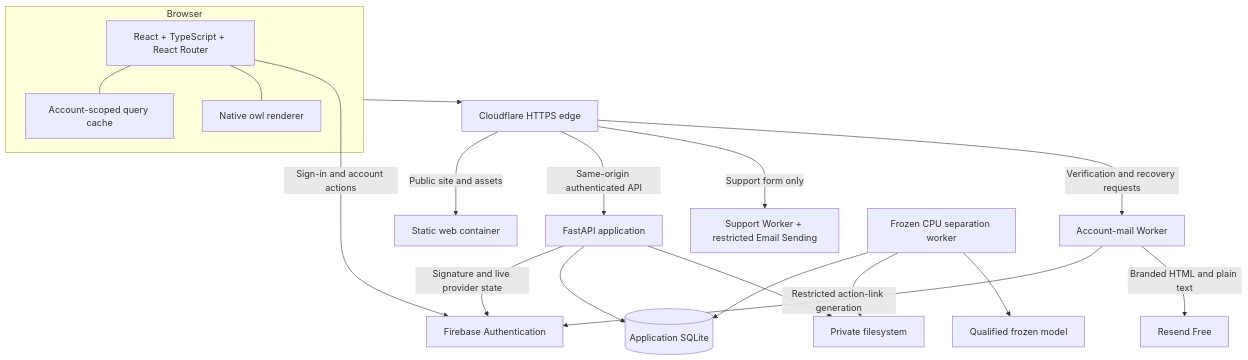
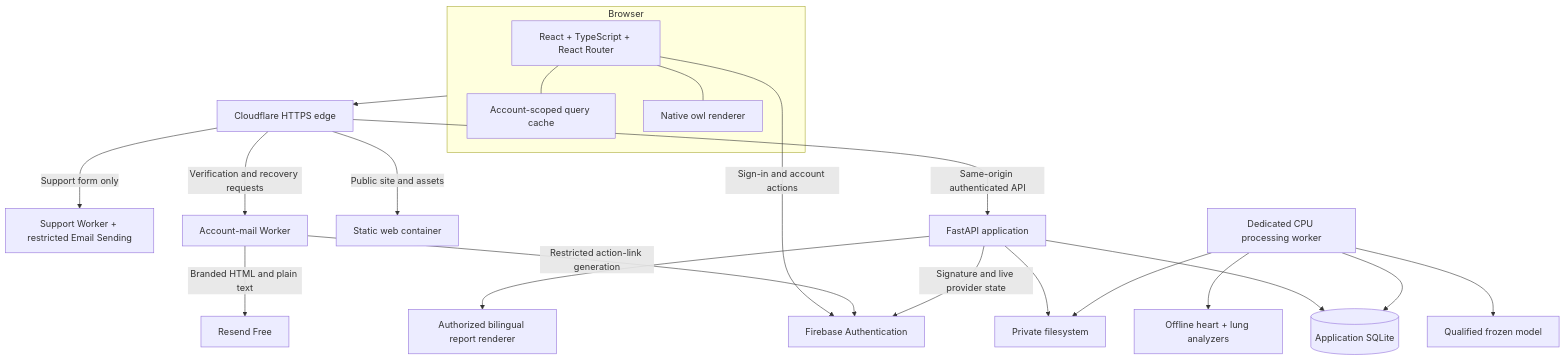
Before and after one commit to ASHRAF-2004/StethoFuse: the first of 2 diagrams in ARCHITECTURE.md, drawn with Mermaid. The commit also changed other lines of this file and 5 other files, not shown here.

````diff
--- a/ARCHITECTURE.md
+++ b/ARCHITECTURE.md
@@ -7,35 +7,39 @@
 ```mermaid
 flowchart TB
     subgraph Client[Browser]
         UI[React + TypeScript + React Router]
         Query[Account-scoped query cache]
         Owl[Native owl renderer]
         UI --- Query
         UI --- Owl
     end
     Edge[Cloudflare HTTPS edge]
     Auth[Firebase Authentication]
     Mail[Support Worker + restricted Email Sending]
     AccountMail[Account-mail Worker]
     Delivery[Resend Free]
     Web[Static web container]
     API[FastAPI application]
     DB[(Application SQLite)]
     Media[Private filesystem]
-    Worker[Frozen CPU separation worker]
+    Worker[Dedicated CPU processing worker]
     Model[Qualified frozen model]
+    Analysis[Offline heart + lung analyzers]
+    Report[Authorized bilingual report renderer]
     Client --> Edge
     UI -->|Sign-in and account actions| Auth
     Edge -->|Public site and assets| Web
     Edge -->|Same-origin authenticated API| API
     Edge -->|Support form only| Mail
     Edge -->|Verification and recovery requests| AccountMail
     AccountMail -->|Restricted action-link generation| Auth
     AccountMail -->|Branded HTML and plain text| Delivery
     API -->|Signature and live provider state| Auth
     API --> DB
     API --> Media
     Worker --> DB
     Worker --> Media
     Worker --> Model
+    Worker --> Analysis
+    API --> Report
 ```
````
